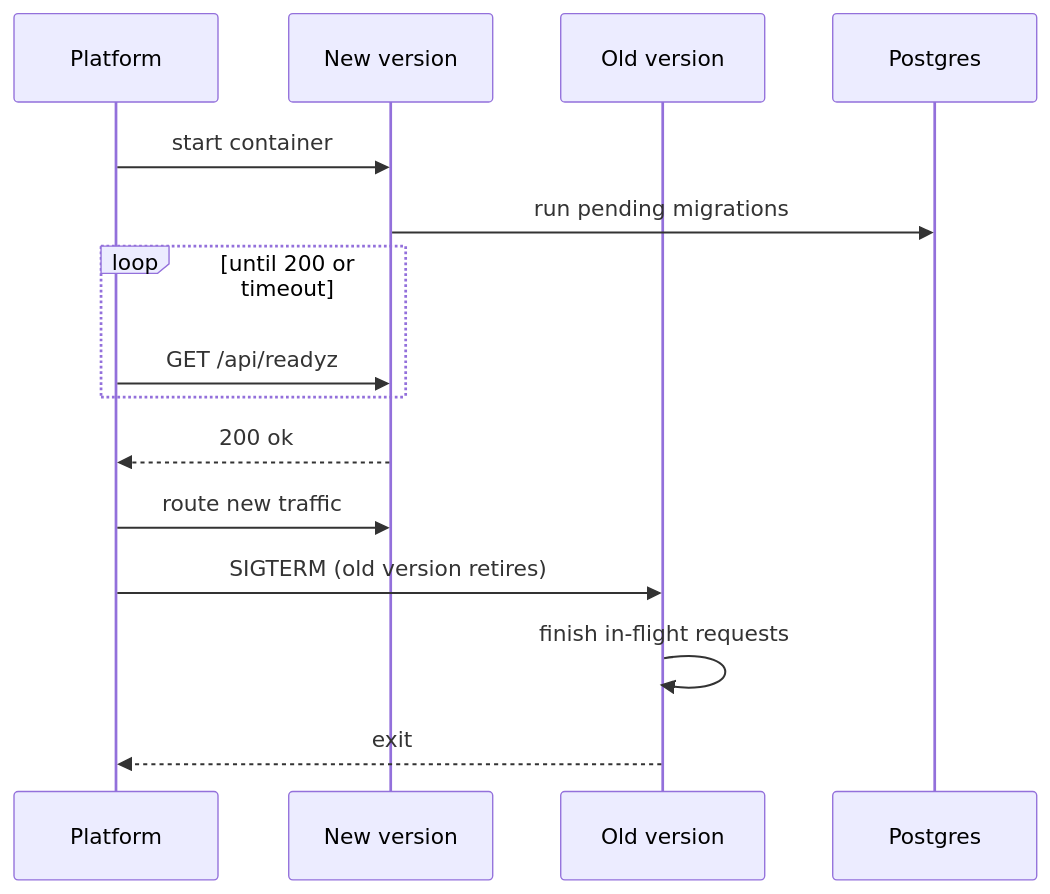
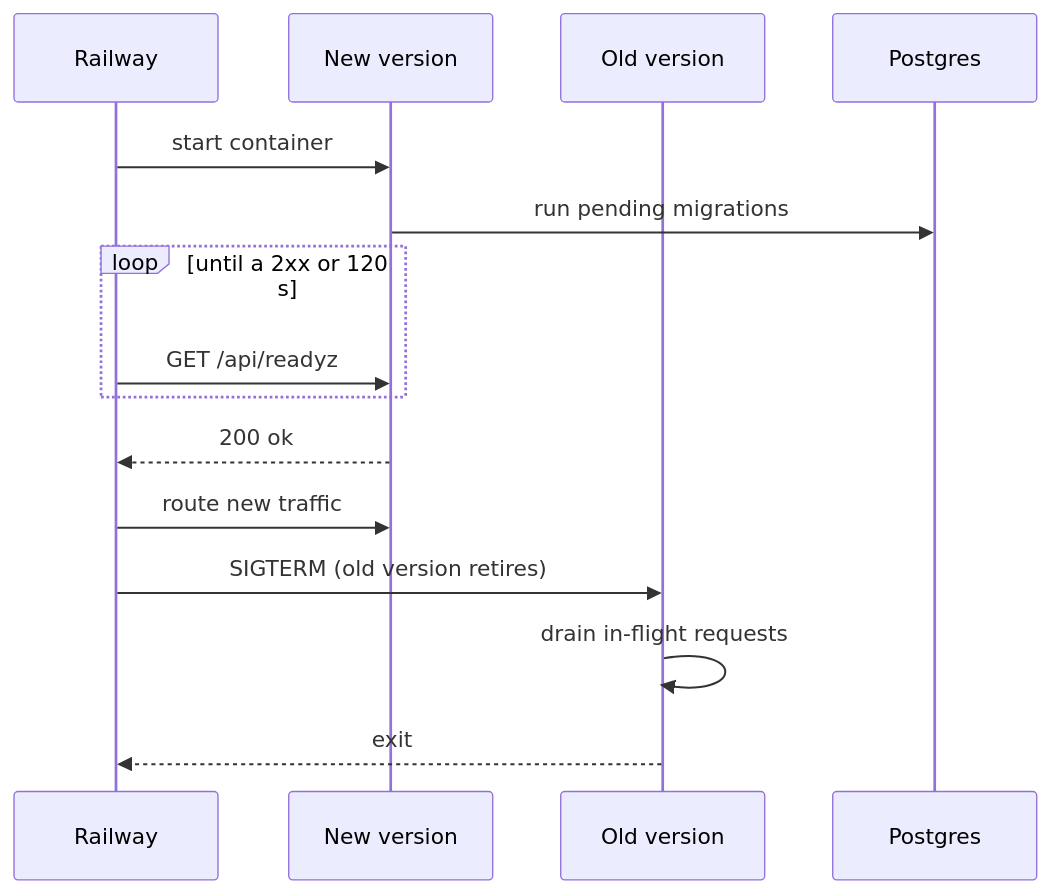
The second of 2 diagrams in content/tracks/13-senior-craft/01-software-craft/05-ci-cd-and-deployment.md (thull32/ascend), drawn with Mermaid before and after one commit. The commit also changed other lines of this file and 9 other files, not shown here.

````diff
--- a/content/tracks/13-senior-craft/01-software-craft/05-ci-cd-and-deployment.md
+++ b/content/tracks/13-senior-craft/01-software-craft/05-ci-cd-and-deployment.md
@@ -73,17 +109,17 @@
 ```mermaid
 sequenceDiagram
-  participant P as Platform
+  participant P as Railway
   participant N as New version
   participant O as Old version
   participant DB as Postgres
   P->>N: start container
   N->>DB: run pending migrations
-  loop until 200 or timeout
+  loop until a 2xx or 120 s
     P->>N: GET /api/readyz
   end
   N-->>P: 200 ok
   P->>N: route new traffic
   P->>O: SIGTERM (old version retires)
-  O->>O: finish in-flight requests
+  O->>O: drain in-flight requests
   O-->>P: exit
 ```
````
